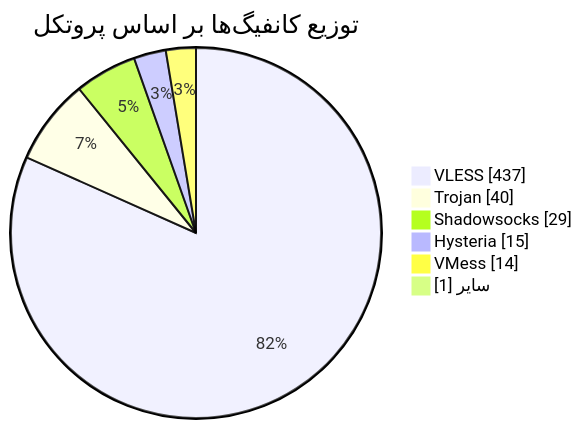
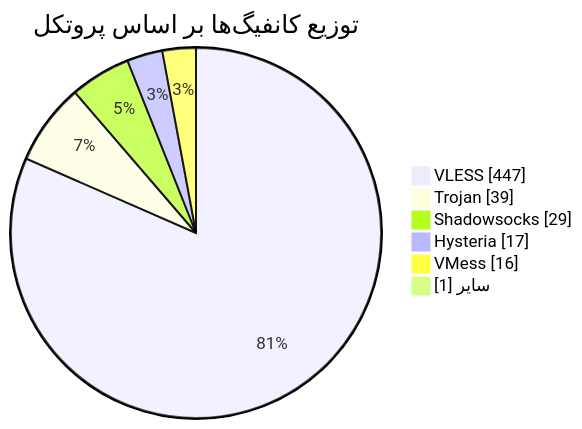
Before and after one commit to Arian-Alijani/Somthing: the diagram in README.md, drawn with Mermaid. The commit also changed other lines of this file and 81 other files, not shown here.

````diff
--- a/README.md
+++ b/README.md
@@ -48,10 +48,10 @@
 ```mermaid
 pie showData
     title توزیع کانفیگ‌ها بر اساس پروتکل
-    "VLESS" : 437
-    "Trojan" : 40
+    "VLESS" : 447
+    "Trojan" : 39
     "Shadowsocks" : 29
-    "Hysteria" : 15
-    "VMess" : 14
+    "Hysteria" : 17
+    "VMess" : 16
     "سایر" : 1
 ```
````
